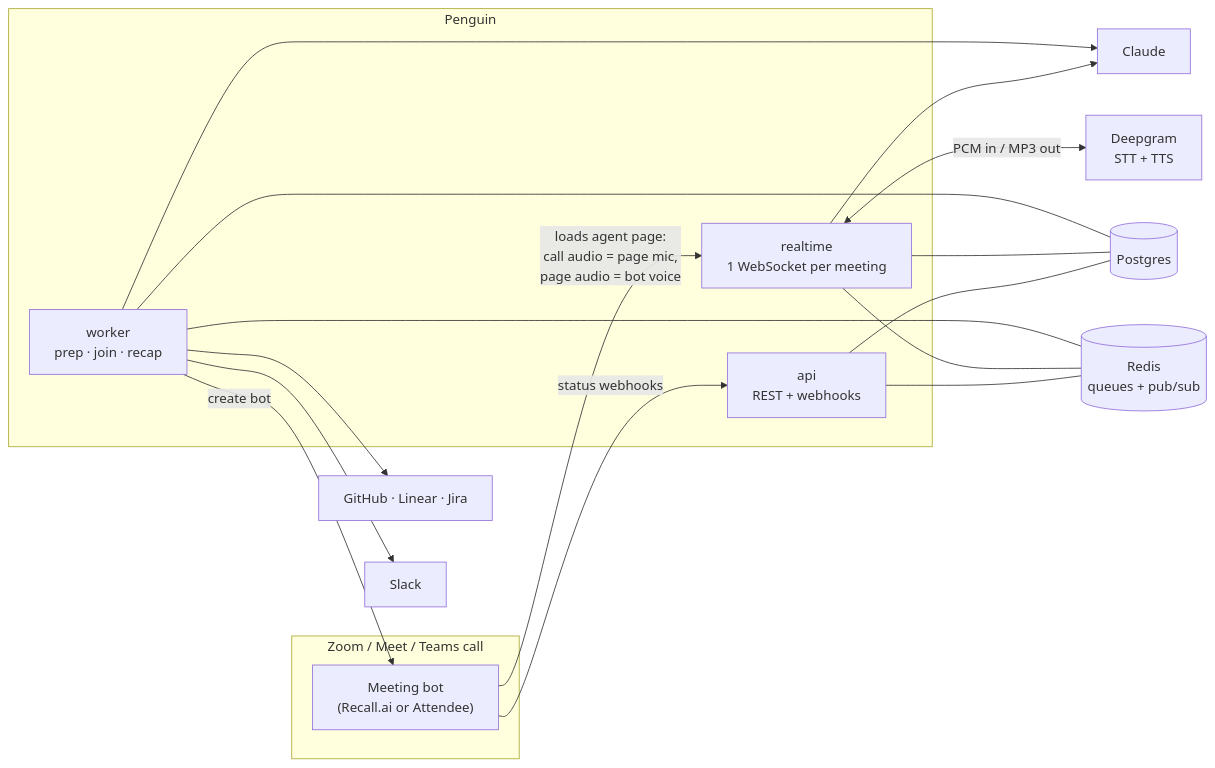
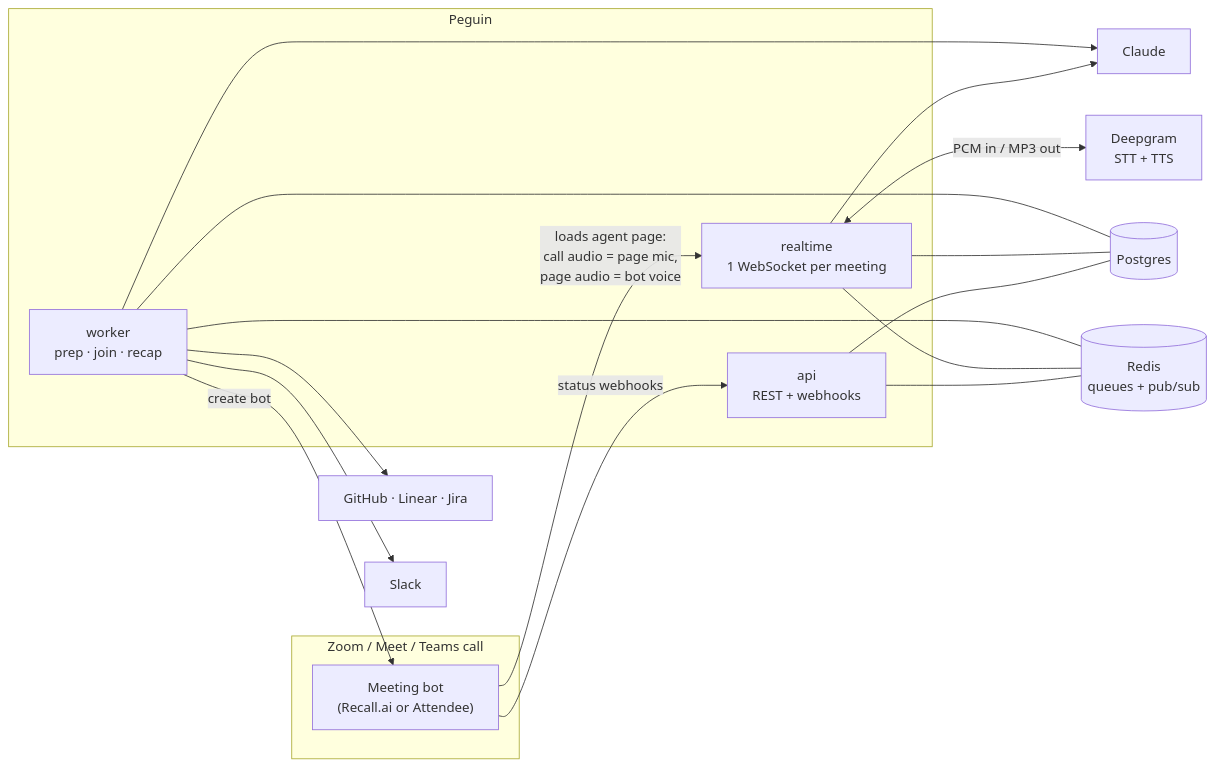
Before and after one commit to KayodeII/Peguin: the diagram in README.md, drawn with Mermaid. The commit also changed other lines of this file and 40 other files, not shown here.

````diff
--- a/README.md
+++ b/README.md
@@ -11,21 +11,21 @@
 ```mermaid
 flowchart LR
   subgraph Call["Zoom / Meet / Teams call"]
     Bot["Meeting bot<br/>(Recall.ai or Attendee)"]
   end
   Bot -- "loads agent page:<br/>call audio = page mic,<br/>page audio = bot voice" --> RT
-  subgraph Penguin
+  subgraph Peguin
     API["api<br/>REST + webhooks"]
     RT["realtime<br/>1 WebSocket per meeting"]
     W["worker<br/>prep · join · recap"]
   end
   RT <-- "PCM in / MP3 out" --> DG["Deepgram<br/>STT + TTS"]
   RT --> C["Claude"]
   W --> C
   W --> Src["GitHub · Linear · Jira"]
   W --> Slack
   W -- "create bot" --> Bot
   Bot -- "status webhooks" --> API
   API & RT & W --- PG[(Postgres)]
   API & RT & W --- R[(Redis<br/>queues + pub/sub)]
 ```
````
